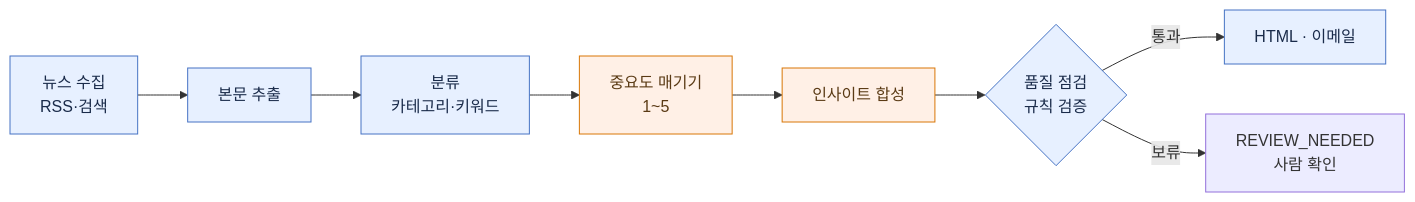
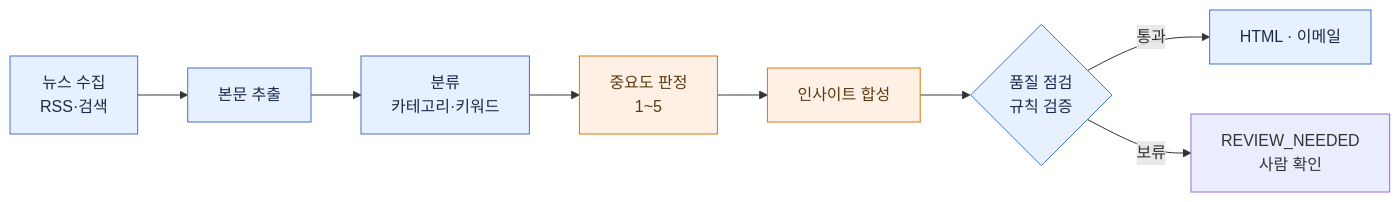
The diagram in README.md (Wendy-Nam/pr-monitor-plugin), drawn with Mermaid before and after one commit. The commit also changed other lines of this file, not shown here.

````diff
--- a/README.md
+++ b/README.md
@@ -59,13 +59,13 @@
 ```mermaid
 flowchart LR
     A[뉴스 수집<br/>RSS·검색] --> B[본문 추출] --> C[분류<br/>카테고리·키워드]
-    C --> D[중요도 매기기<br/>1~5]
+    C --> D[중요도 판정<br/>1~5]
     D --> E[인사이트 합성]
     E --> F{품질 점검<br/>규칙 검증}
     F -->|통과| G[HTML · 이메일]
     F -->|보류| H[REVIEW_NEEDED<br/>사람 확인]
     classDef det fill:#e7f0ff,stroke:#4673c4,color:#1a2b4a;
     classDef llm fill:#fff0e6,stroke:#d97706,color:#5a3a14;
     class A,B,C,F,G det;
     class D,E llm;
 ```
````
